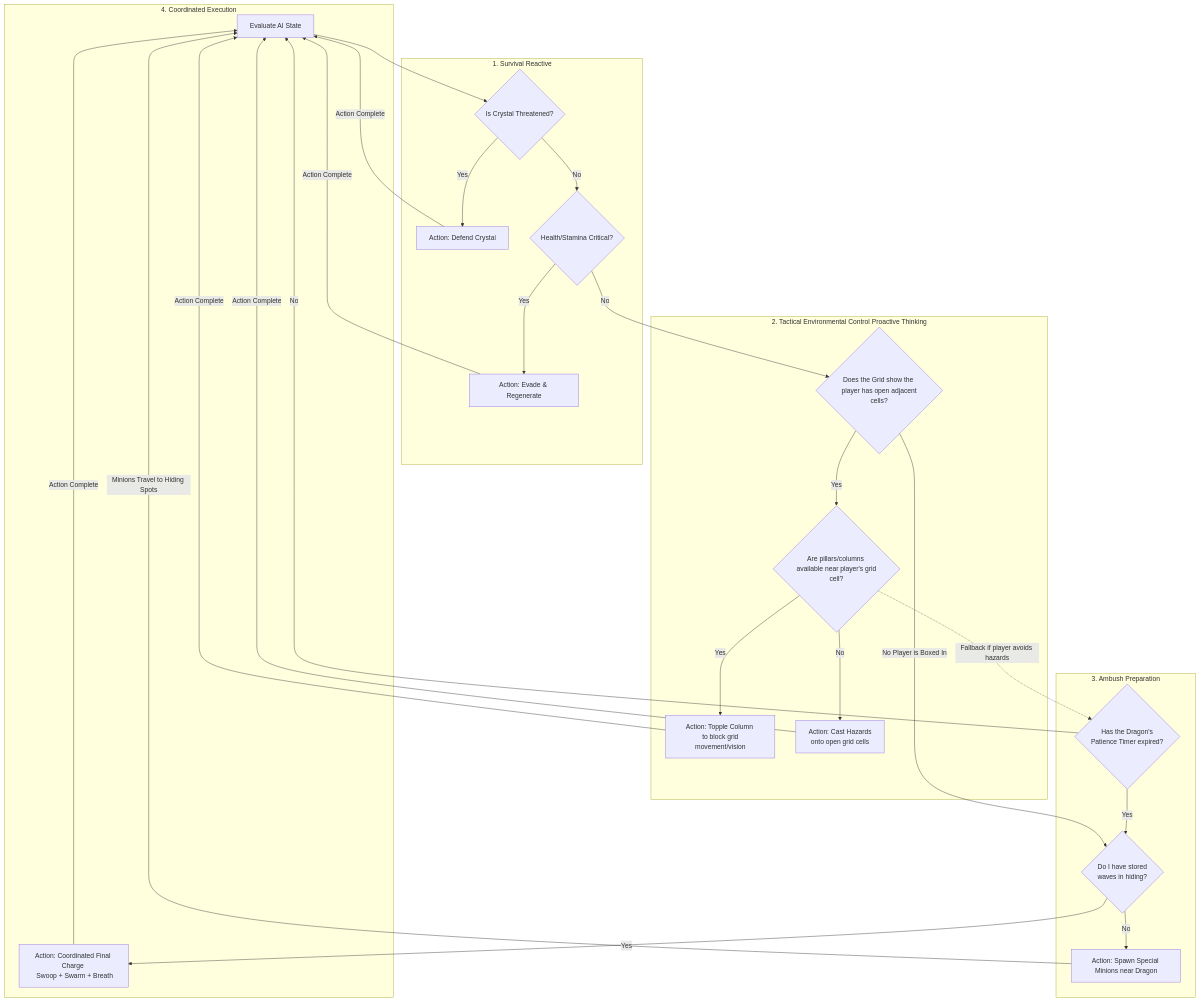
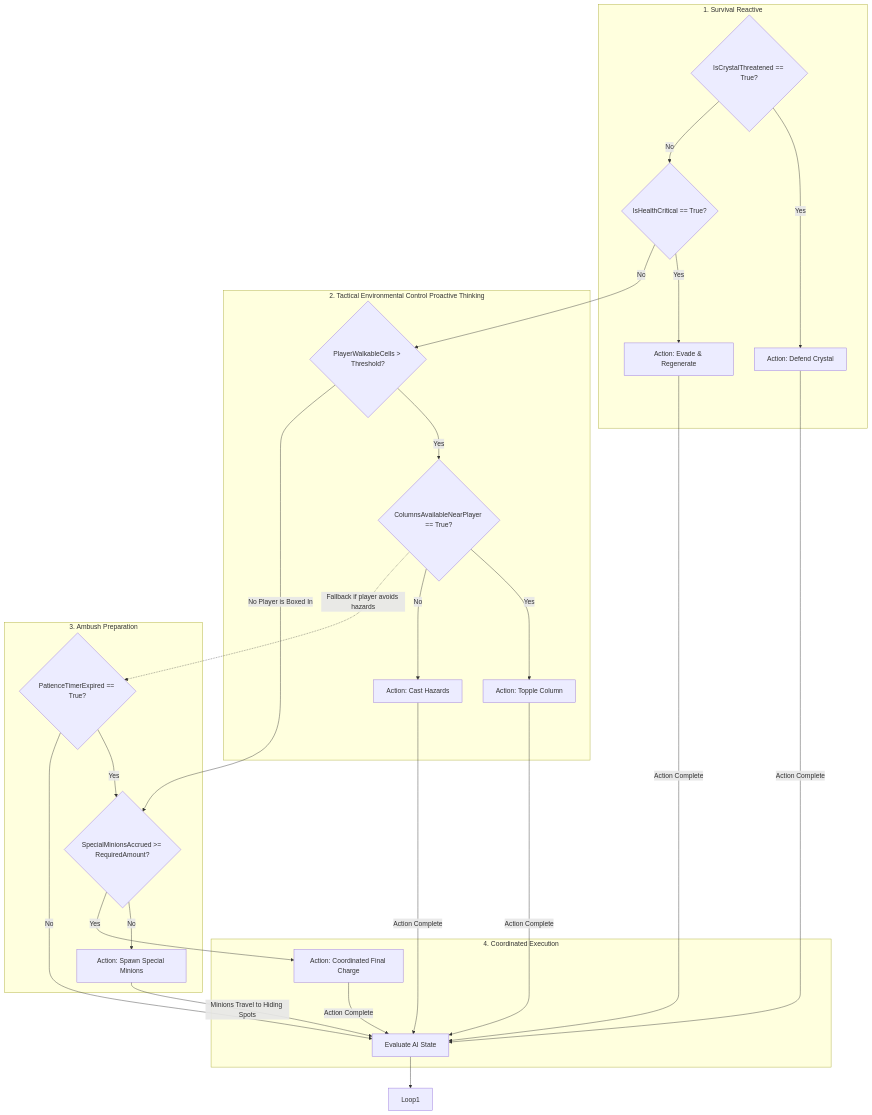
One commit to NatalieC001/dragonDump changed the fourth of 5 diagrams in Quest_Machine_Dragon_Brain_Docs.md. Above: the diagram before and after it, drawn with Mermaid. The commit also changed other lines of this file, not shown here.

Commit message:
Refine Dragon AI logic and hazard descriptions
Updated hazard types and logic in the Dragon's AI behavior.

````diff
--- a/Quest_Machine_Dragon_Brain_Docs.md
+++ b/Quest_Machine_Dragon_Brain_Docs.md
@@ -197,42 +197,42 @@
 ```mermaid
 graph TD
     Idle[Evaluate AI State] --> Loop1
     
     %% Loop 1: 1. Survival (Reactive)
-    subgraph 1. Survival Reactive
-        Loop1{Is Crystal Threatened?}
-        Loop1 -- Yes --> Defend[Action: Defend Crystal]
-        Loop1 -- No --> ThreatCheck{Health/Stamina Critical?}
-        ThreatCheck -- Yes --> EvadeRegen[Action: Evade & Regenerate]
+    subgraph Priority1_Survival [1. Survival Reactive]
+        IsCrystalThreatened{IsCrystalThreatened == True?}
+        IsCrystalThreatened -- Yes --> Defend[Action: Defend Crystal]
+        IsCrystalThreatened -- No --> IsHealthCritical{IsHealthCritical == True?}
+        IsHealthCritical -- Yes --> EvadeRegen[Action: Evade & Regenerate]
     end
     
     %% Loop 2: 2. Tactical Environmental Control (Proactive Thinking)
-    subgraph 2. Tactical Environmental Control Proactive Thinking
-        ThreatCheck -- No --> CheckSpace{Does the Grid show the <br> player has open adjacent cells?}
-        CheckSpace -- Yes --> ToppleCheck{Are pillars/columns <br> available near player's grid cell?}
-        ToppleCheck -- Yes --> Topple[Action: Topple Column <br> to block grid movement/vision]
-        ToppleCheck -- No --> Clouds[Action: Cast Hazards <br> onto open grid cells]
+    subgraph Priority2_Tactical [2. Tactical Environmental Control Proactive Thinking]
+        IsHealthCritical -- No --> PlayerWalkableCells{PlayerWalkableCells > Threshold?}
+        PlayerWalkableCells -- Yes --> ColumnsAvailableNearPlayer{ColumnsAvailableNearPlayer == True?}
+        ColumnsAvailableNearPlayer -- Yes --> Topple[Action: Topple Column]
+        ColumnsAvailableNearPlayer -- No --> Clouds[Action: Cast Hazards]
     end
     
     %% Loop 3: 3. Ambush Preparation
-    subgraph 3. Ambush Preparation
+    subgraph Priority3_Preparation [3. Ambush Preparation]
         %% Adversarial Resilience: The boss will spawn minions if the player is boxed in, OR if the Dragon runs out of patience waiting.
-        CheckSpace -- No Player is Boxed In --> SpawnCheck
-        ToppleCheck -.->|Fallback if player avoids hazards| CheckPatience{Has the Dragon's <br> Patience Timer expired?}
-        CheckPatience -- Yes --> SpawnCheck{Do I have stored <br> waves in hiding?}
-        SpawnCheck -- No --> SpawnHidden[Action: Spawn Special Minions near Dragon]
+        PlayerWalkableCells -- No Player is Boxed In --> SpecialMinionsAccrued
+        ColumnsAvailableNearPlayer -.->|Fallback if player avoids hazards| PatienceTimer{PatienceTimerExpired == True?}
+        PatienceTimer -- Yes --> SpecialMinionsAccrued{SpecialMinionsAccrued >= RequiredAmount?}
+        SpecialMinionsAccrued -- No --> SpawnHidden[Action: Spawn Special Minions]
     end
     
     %% Loop 4: 4. Coordinated Execution
-    subgraph 4. Coordinated Execution
-        SpawnCheck -- Yes --> FinalCharge[Action: Coordinated Final Charge <br> Swoop + Swarm + Breath]
-        CheckPatience -- No --> Idle
+    subgraph Priority4_Execution [4. Coordinated Execution]
+        SpecialMinionsAccrued -- Yes --> FinalCharge[Action: Coordinated Final Charge]
+        PatienceTimer -- No --> Idle
     end
     
     Defend -->|Action Complete| Idle
     EvadeRegen -->|Action Complete| Idle
     Topple -->|Action Complete| Idle
     Clouds -->|Action Complete| Idle
     SpawnHidden -->|Minions Travel to Hiding Spots| Idle
     FinalCharge -->|Action Complete| Idle
 ```
````
